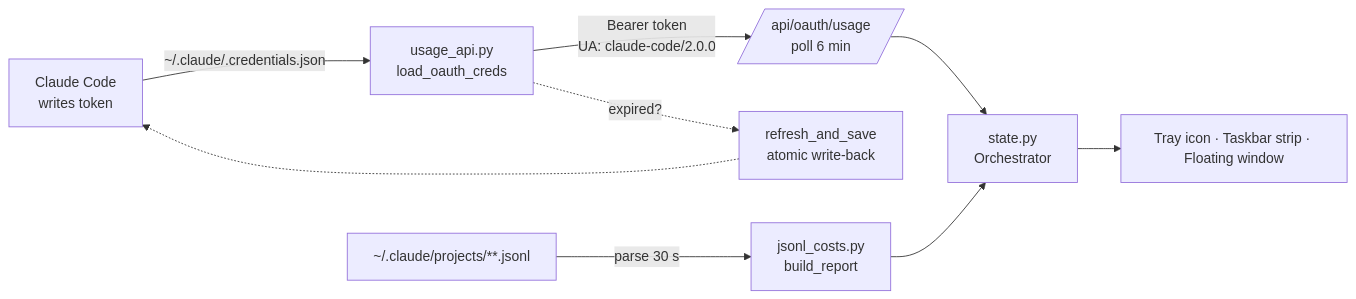
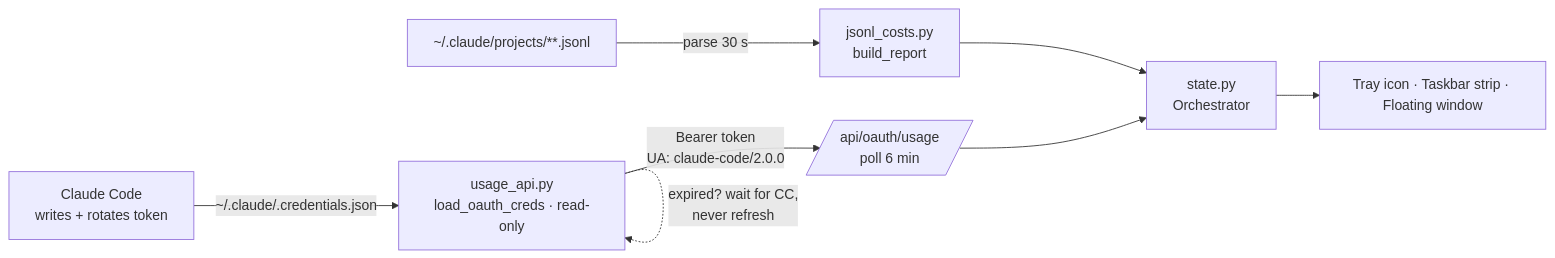
The diagram in README.md (Cohenjikan/ClaudeUsageMoniter), drawn with Mermaid before and after one commit. The commit also changed other lines of this file and 4 other files, not shown here.

````diff
--- a/README.md
+++ b/README.md
@@ -161,11 +161,10 @@
 ```mermaid
 flowchart LR
-    A[Claude Code<br/>writes token] -->|~/.claude/.credentials.json| B[usage_api.py<br/>load_oauth_creds]
+    A[Claude Code<br/>writes + rotates token] -->|~/.claude/.credentials.json| B[usage_api.py<br/>load_oauth_creds · read-only]
     B -->|Bearer token<br/>UA: claude-code/2.0.0| C[/api/oauth/usage<br/>poll 6 min/]
-    B -.->|expired?| R[refresh_and_save<br/>atomic write-back]
-    R -.-> A
+    B -.->|expired? wait for CC,<br/>never refresh| B
     C --> D[state.py<br/>Orchestrator]
     E[~/.claude/projects/**.jsonl] -->|parse 30 s| F[jsonl_costs.py<br/>build_report]
     F --> D
     D --> G[Tray icon · Taskbar strip · Floating window]
 ```
````
